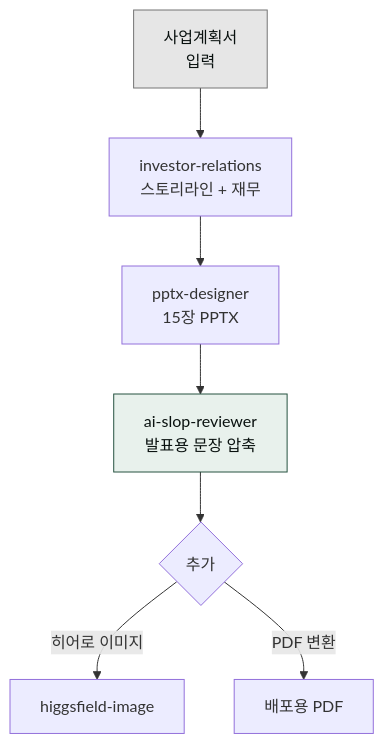
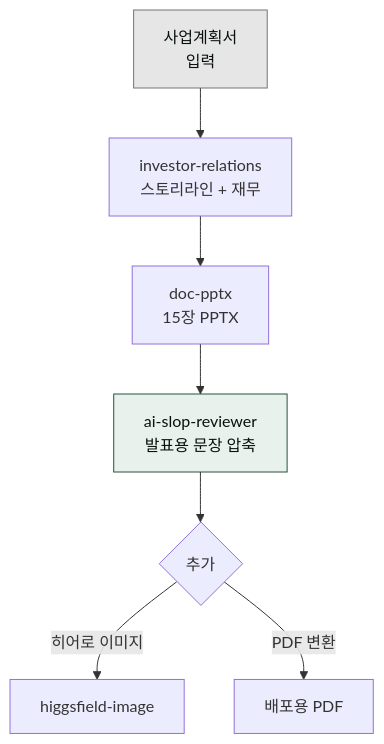
Before and after one commit to modu-ai/cowork-plugins: the first of 4 diagrams in www/content/cookbook/ir-deck.md, drawn with Mermaid. The commit also changed other lines of this file and 45 other files, not shown here.

First line of the commit message:
docs(www): 스킬명 정합 + 깨진 링크 수정 + mermaid 보강

````diff
--- a/www/content/cookbook/ir-deck.md
+++ b/www/content/cookbook/ir-deck.md
@@ -12,12 +12,12 @@
 ```mermaid
 flowchart TD
    A["사업계획서<br/>입력"] --> B["investor-relations<br/>스토리라인 + 재무"]
-   B --> C["pptx-designer<br/>15장 PPTX"]
+   B --> C["doc-pptx<br/>15장 PPTX"]
    C --> D["ai-slop-reviewer<br/>발표용 문장 압축"]
    D --> E{"추가"}
    E -- "히어로 이미지" --> F["higgsfield-image"]
    E -- "PDF 변환" --> G["배포용 PDF"]
 
    style A fill:#e6e6e6,stroke:#757575,color:#09110f
    style D fill:#e8f1ec,stroke:#265240,color:#09110f
 ```
````
